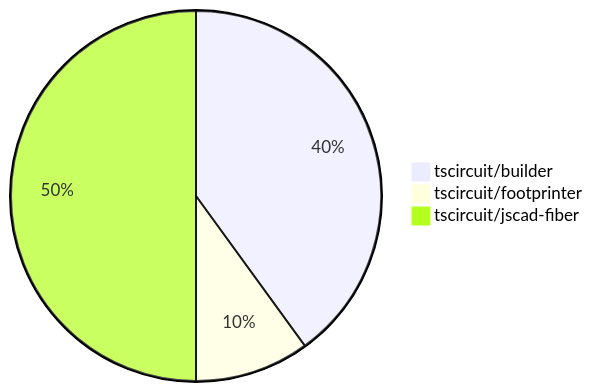
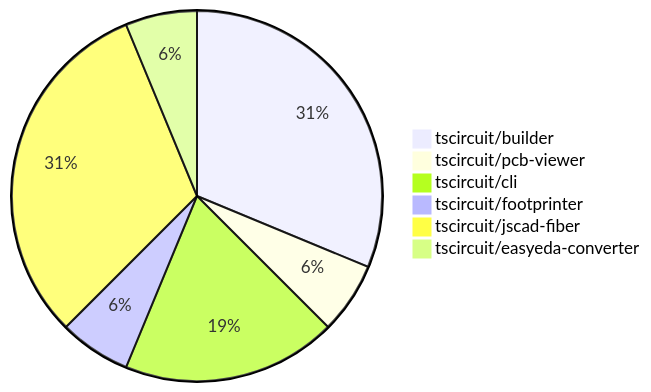
The diagram in contribution-overviews/2024-07-13.md (tscircuit/contribution-tracker), drawn with Mermaid before and after one commit. The commit also changed other lines of this file and 1 other file, not shown here.

````diff
--- a/contribution-overviews/2024-07-13.md
+++ b/contribution-overviews/2024-07-13.md
@@ -5,6 +5,9 @@
 ```mermaid
 pie
-    "tscircuit/builder" : 4
+    "tscircuit/builder" : 5
+    "tscircuit/pcb-viewer" : 1
+    "tscircuit/cli" : 3
     "tscircuit/footprinter" : 1
     "tscircuit/jscad-fiber" : 5
+    "tscircuit/easyeda-converter" : 1
 ```
````
